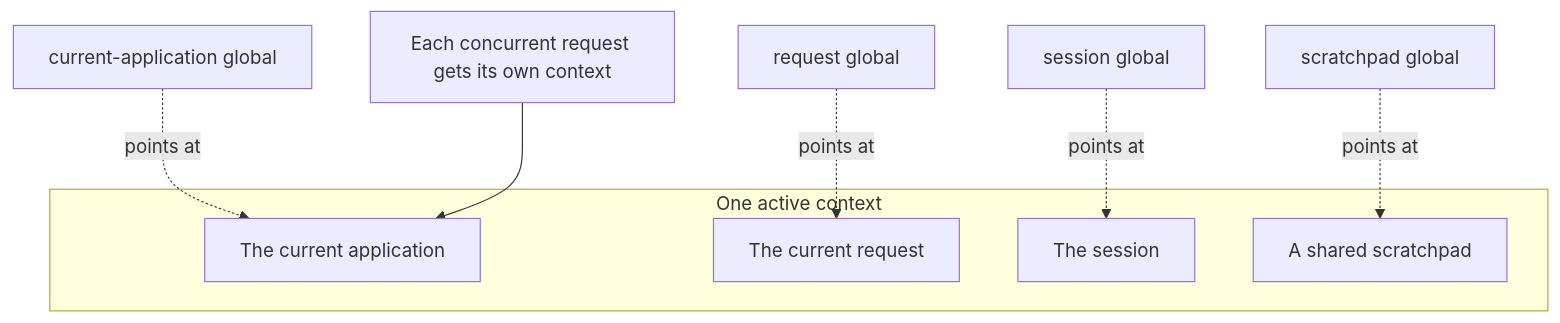
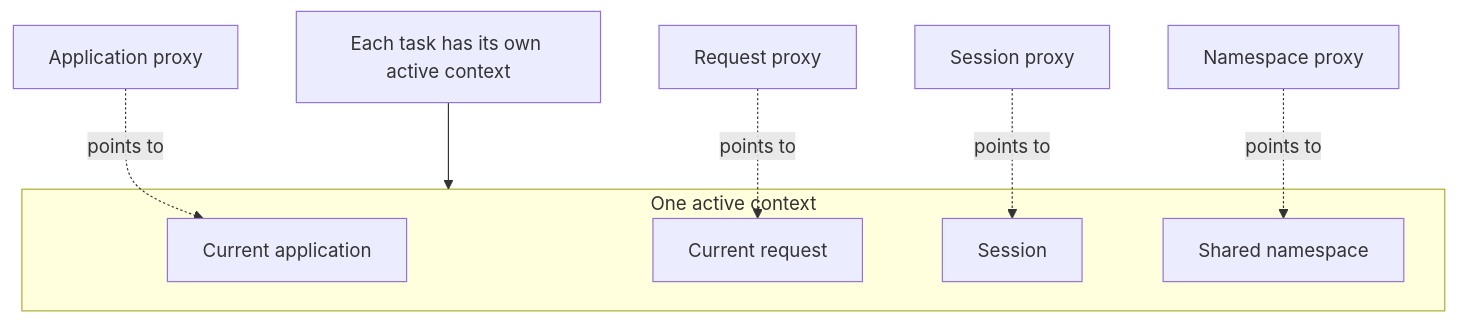
Before and after one commit to KeunwooPark/cluedoc: the first of 3 diagrams in docs/examples/flask/.cluedoc/the-context-system/README.md, drawn with Mermaid. The commit also changed other lines of this file and 22 other files, not shown here.

````diff
--- a/docs/examples/flask/.cluedoc/the-context-system/README.md
+++ b/docs/examples/flask/.cluedoc/the-context-system/README.md
@@ -10,14 +10,14 @@
 ```mermaid
 flowchart TD
-    subgraph One active context
-        APP[The current application]
-        REQ[The current request]
-        SESS[The session]
-        G[A shared scratchpad]
+    subgraph CTX ["One active context"]
+        APP["Current application"]
+        REQ["Current request"]
+        SESS["Session"]
+        G["Shared namespace"]
     end
-    P1[current-application global] -.points at.-> APP
-    P2[request global] -.points at.-> REQ
-    P3[session global] -.points at.-> SESS
-    P4[scratchpad global] -.points at.-> G
-    NOTE[Each concurrent request gets its own context] --> APP
+    P1["Application proxy"] -. "points to" .-> APP
+    P2["Request proxy"] -. "points to" .-> REQ
+    P3["Session proxy"] -. "points to" .-> SESS
+    P4["Namespace proxy"] -. "points to" .-> G
+    TASK["Each task has its own active context"] --> CTX
 ```
````
